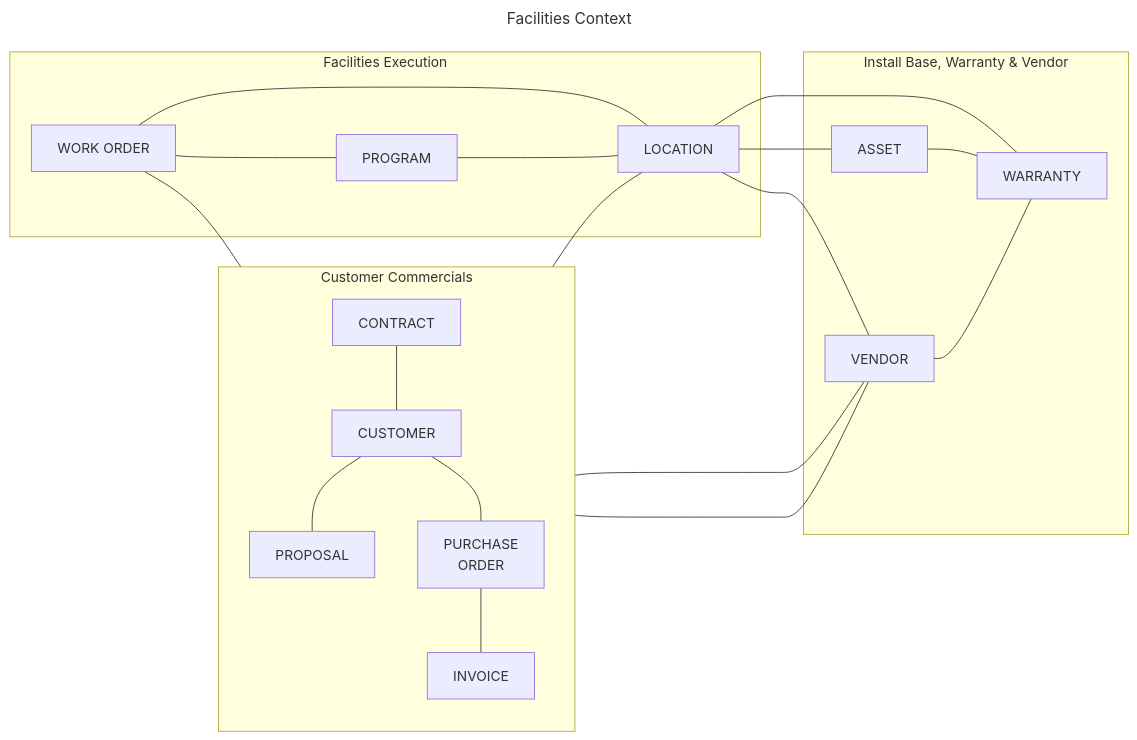
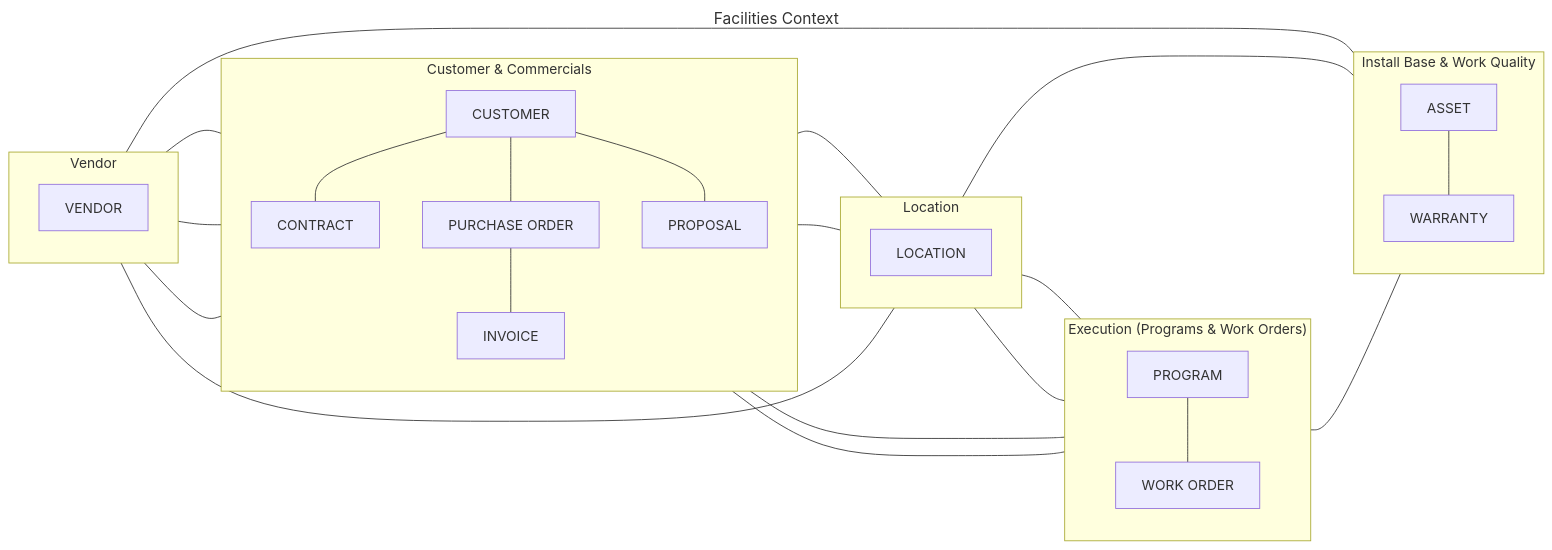
One commit to mcknz76/diagram-example changed the diagram in facilities-bounded-context.mmd. Above: the diagram before and after it, drawn with Mermaid. The commit also changed 1 other file, not shown here.

```diff
--- a/facilities-bounded-context.mmd
+++ b/facilities-bounded-context.mmd
@@ -1,51 +1,70 @@
 ---
 title: Facilities Context
 ---
-graph LR
+flowchart LR
 
-  %% ---------- FACILITIES EXECUTION ----------
-  subgraph Exec[Facilities Execution]
-    WO[WORK ORDER]
-    LOC[LOCATION]
-    PROG[PROGRAM]
+%% CUSTOMER & COMMERCIALS
+subgraph Comm["Customer & Commercials"]
+  direction TB
+  CUST[CUSTOMER]
+  CONT[CONTRACT]
+  PO["PURCHASE ORDER"]
+  INV[INVOICE]
+  PROP[PROPOSAL]
 
-    WO --- LOC
-    WO --- PROG
-    PROG --- LOC
-  end
+  CUST --- CONT
+  CUST --- PO
+  PO --- INV
+  CUST --- PROP
+end
 
-  %% ---------- CUSTOMER COMMERCIALS ----------
-  subgraph Comm[Customer Commercials]
-    direction TB
+%% EXECUTION
+subgraph Exec["Execution (Programs & Work Orders)"]
+  direction TB
+  PROG[PROGRAM]
+  WO[WORK ORDER]
 
-    PROP[PROPOSAL]
-    CONT[CONTRACT]
-    CUST[CUSTOMER]
-    PO["PURCHASE<br/>ORDER"]
-    INV[INVOICE]
+  PROG --- WO
+end
 
-    CONT --- CUST
-    CUST --- PROP
-    CUST --- PO
-    PO --- INV
-  end
+%% LOCATION
+subgraph LocBox["Location"]
+  direction TB
+  LOC[LOCATION]
+end
 
-  %% ---------- INSTALL BASE, WARRANTY & VENDOR ----------
-  subgraph Install[Install Base, Warranty & Vendor]
-    ASSET[ASSET]
-    WARR[WARRANTY]
-    VEND[VENDOR]
+%% INSTALL BASE & WORK QUALITY
+subgraph Install["Install Base & Work Quality"]
+  direction TB
+  ASSET[ASSET]
+  WARR[WARRANTY]
 
-    LOC --- ASSET
-    LOC --- WARR
-    ASSET --- WARR
+  ASSET --- WARR
+end
 
-    LOC --- VEND
-    VEND --- WARR
-    VEND --- PROP
-    CONT --- VEND
-  end
+%% VENDOR
+subgraph VendBox["Vendor"]
+  direction TB
+  VEND[VENDOR]
 
-  %% ---------- CROSS-GROUP EDGES ----------
-  CONT --- LOC
-  WO --- PO
+  VEND --- WARR
+  VEND --- PROP
+end
+
+%% CROSS-CUTTING RELATIONSHIPS
+
+CUST --- LOC
+LOC --- PROG
+WO --- LOC
+
+LOC --- ASSET
+LOC --- VEND
+
+CONT --- LOC
+CONT --- VEND
+
+WO --- PO
+PO --- VEND
+
+WO --- PROP
+WO --- WARR
```
